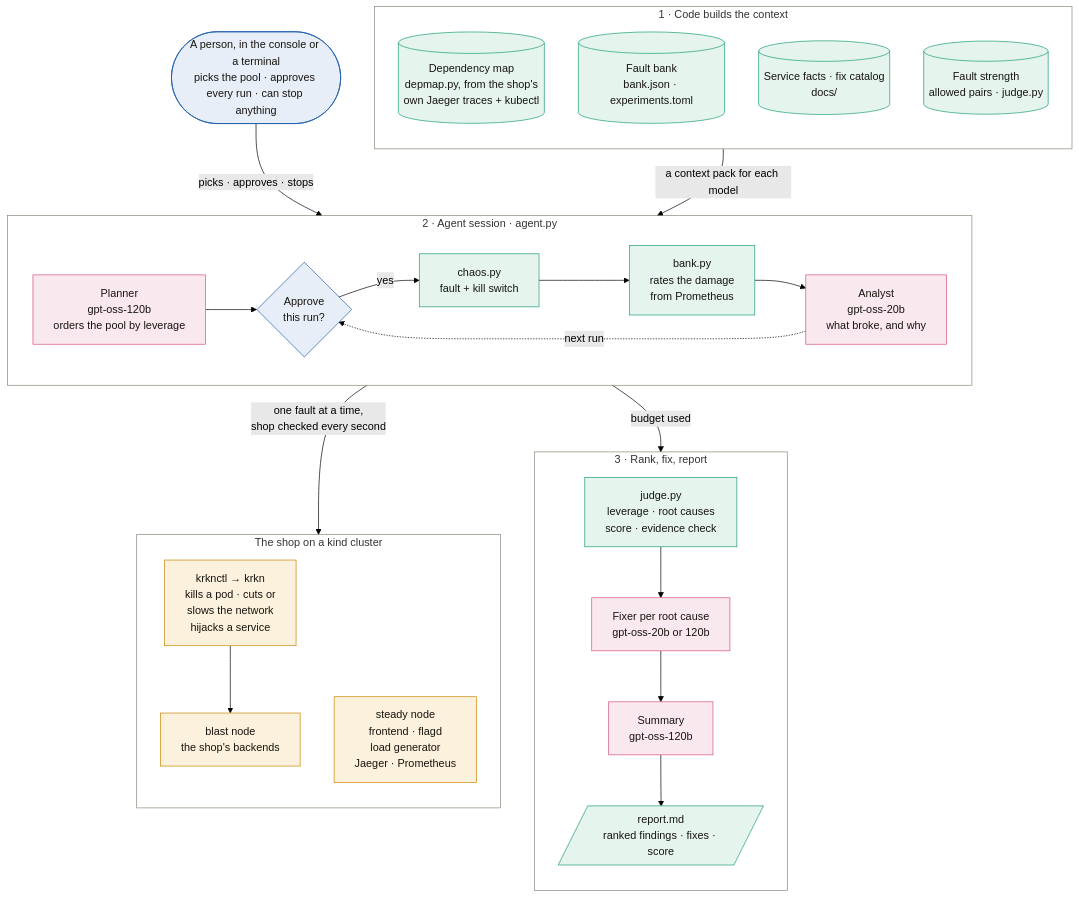
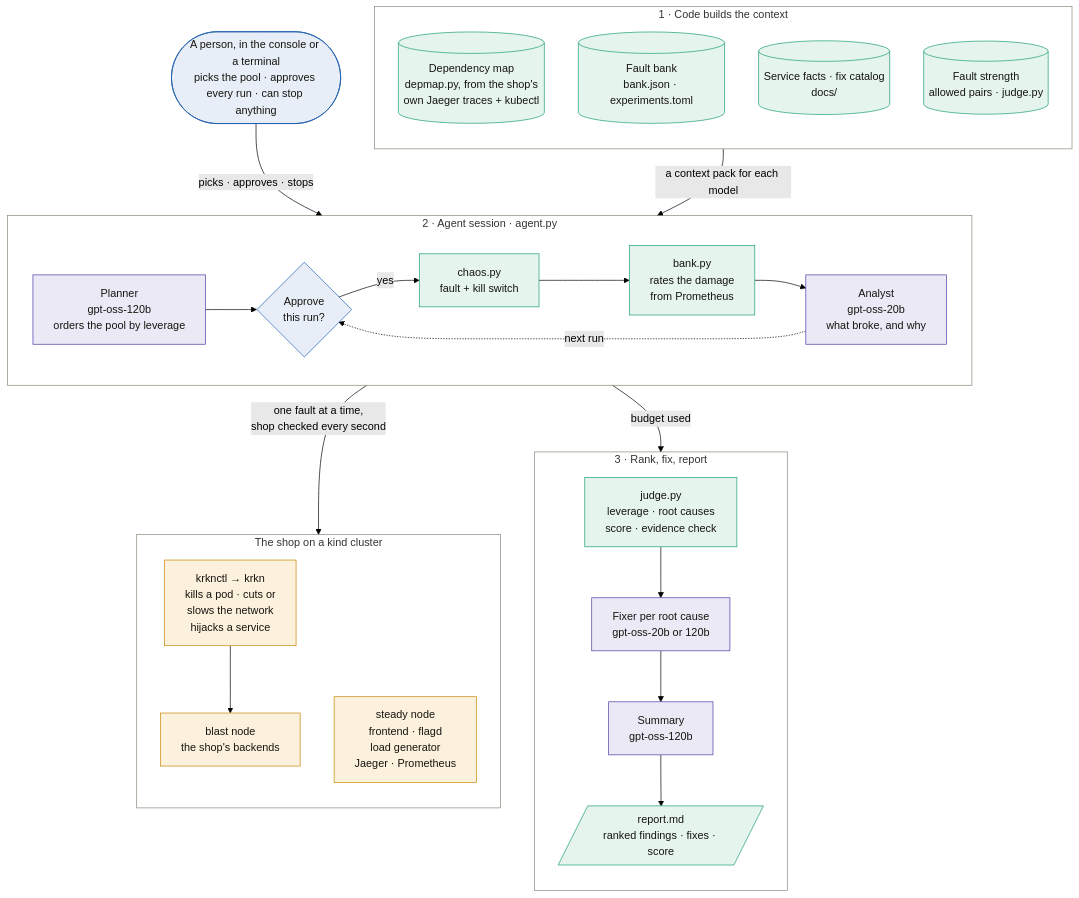
The diagram in README.md (StrikerEureka34/Back-propagandist), drawn with Mermaid (forest theme) before and after one commit. The commit also changed other lines of this file and 1 other file, not shown here.

Commit message:
README: the architecture image (refs/flow_chart.png) heads the Architecture section; the Mermaid version folds into a 'same diagram as text' block, model colour purple to match; the session-only flow image dropped, the new one shows that loop (refs #13)

````diff
--- a/README.md
+++ b/README.md
@@ -16,58 +23,58 @@
 ```mermaid
 flowchart TB
     you(["A person, in the console or a terminal<br/>picks the pool · approves every run · can stop anything"])
 
     subgraph ctx["1 · Code builds the context"]
         direction TB
         map[("Dependency map<br/>depmap.py, from the shop's<br/>own Jaeger traces + kubectl")]
         bank[("Fault bank<br/>bank.json · experiments.toml")]
         docs[("Service facts · fix catalog<br/>docs/")]
         pairs[("Fault strength<br/>allowed pairs · judge.py")]
     end
 
     subgraph loop["2 · Agent session · agent.py"]
         direction LR
         planner["Planner<br/>gpt-oss-120b<br/>orders the pool by leverage"]
         approve{"Approve<br/>this run?"}
         run["chaos.py<br/>fault + kill switch"]
         rate["bank.py<br/>rates the damage<br/>from Prometheus"]
         analyst["Analyst<br/>gpt-oss-20b<br/>what broke, and why"]
         planner --> approve -- yes --> run --> rate --> analyst
         analyst -. "next run" .-> approve
     end
 
     subgraph shop["The shop on a kind cluster"]
         direction TB
         krkn["krknctl → krkn<br/>kills a pod · cuts or<br/>slows the network<br/>hijacks a service"]
         blast["blast node<br/>the shop's backends"]
         steady["steady node<br/>frontend · flagd<br/>load generator<br/>Jaeger · Prometheus"]
         krkn --> blast
     end
 
     subgraph out["3 · Rank, fix, report"]
         direction TB
         judge["judge.py<br/>leverage · root causes<br/>score · evidence check"]
         fixer["Fixer per root cause<br/>gpt-oss-20b or 120b"]
         summary["Summary<br/>gpt-oss-120b"]
         report[/"report.md<br/>ranked findings · fixes · score"/]
         judge --> fixer --> summary --> report
     end
 
     you -- "picks · approves · stops" --> loop
     ctx -- "a context pack for each model" --> loop
     loop -- "one fault at a time,<br/>shop checked every second" --> shop
     loop -- "budget used" --> out
 
     classDef who fill:#E8EEF7,stroke:#1C5CAB,color:#17150F
     classDef rule fill:#E6F4EE,stroke:#199E70,color:#17150F
-    classDef ai fill:#FAE8EF,stroke:#D55181,color:#17150F
+    classDef ai fill:#ECE9F7,stroke:#4A3AA7,color:#17150F
     classDef infra fill:#FBF1DC,stroke:#C98500,color:#17150F
     class you,approve who
     class map,bank,docs,pairs,run,rate,judge,report rule
     class planner,analyst,fixer,summary ai
     class krkn,blast,steady infra
     style ctx fill:none,stroke:#8C8577
     style loop fill:none,stroke:#8C8577
     style shop fill:none,stroke:#8C8577
     style out fill:none,stroke:#8C8577
 ```
````
